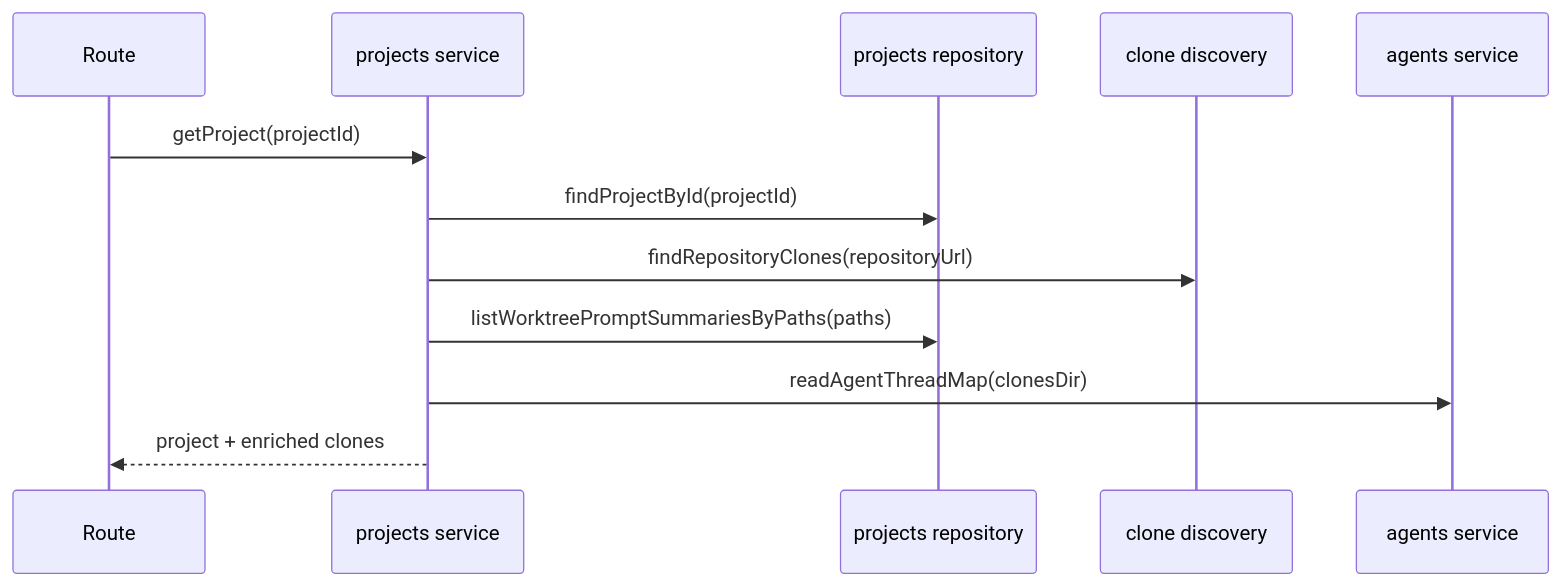
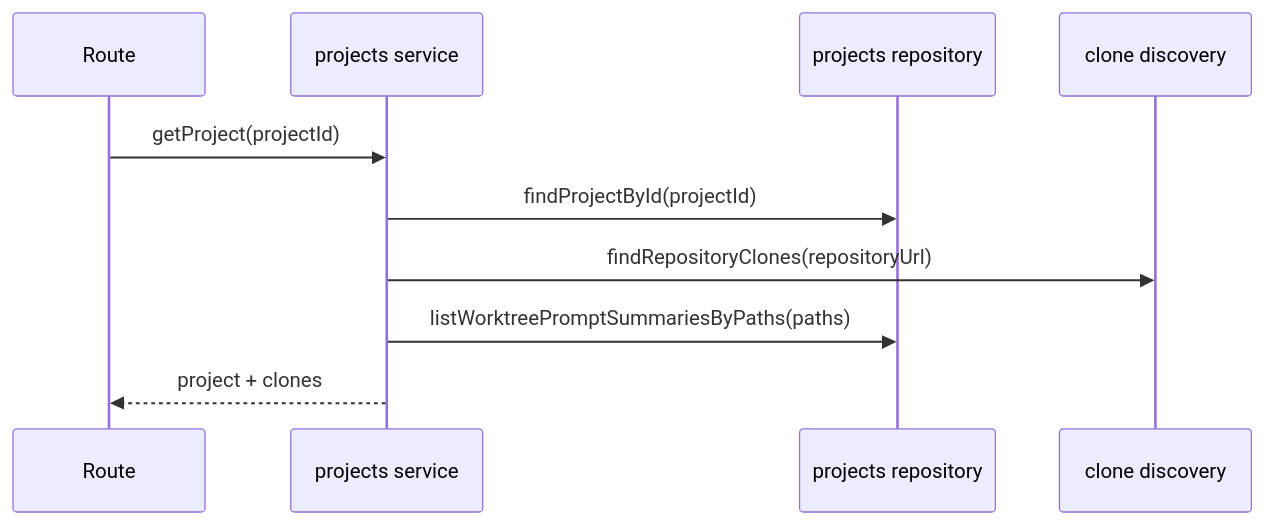
Before and after one commit to TurtleStoffel/tektite-console: the third of 5 diagrams in src/backend/domains/projects/README.md, drawn with Mermaid. The commit also changed other lines of this file and 5 other files, not shown here.

````diff
--- a/src/backend/domains/projects/README.md
+++ b/src/backend/domains/projects/README.md
@@ -37,14 +34,12 @@
 ```mermaid
 sequenceDiagram
     participant Route
     participant Service as projects service
     participant Repo as projects repository
     participant Clone as clone discovery
-    participant Agents as agents service
     Route->>Service: getProject(projectId)
     Service->>Repo: findProjectById(projectId)
     Service->>Clone: findRepositoryClones(repositoryUrl)
     Service->>Repo: listWorktreePromptSummariesByPaths(paths)
-    Service->>Agents: readAgentThreadMap(clonesDir)
-    Service-->>Route: project + enriched clones
+    Service-->>Route: project + clones
 ```
````
